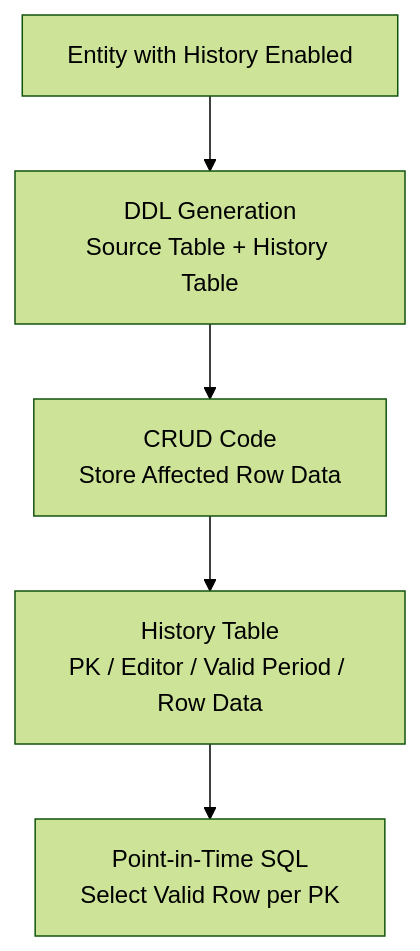
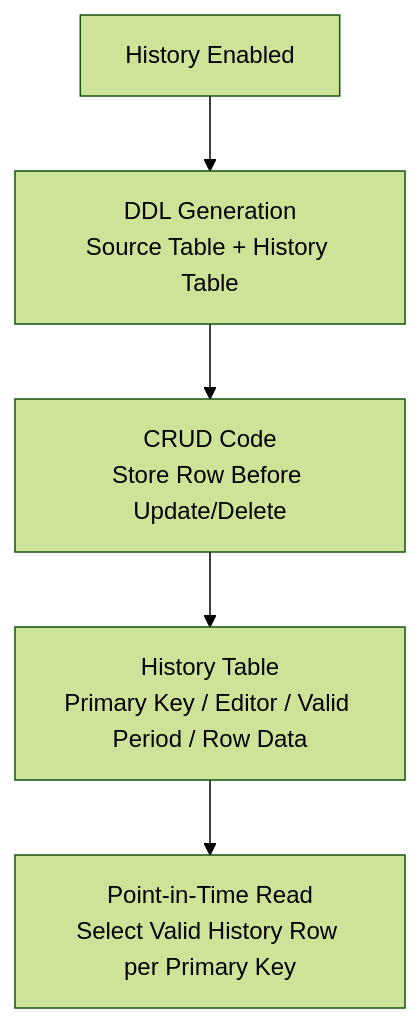
Before and after one commit to zmrdltl/portfolio: the second of 2 diagrams in docs/experience/tmaxcloud.en.md, drawn with Mermaid (forest theme). The commit also changed other lines of this file and 3 other files, not shown here.

````diff
--- a/docs/experience/tmaxcloud.en.md
+++ b/docs/experience/tmaxcloud.en.md
@@ -35,13 +35,13 @@
 ```mermaid
 flowchart TD
-  entity["Entity with History Enabled"]
+  entity["History Enabled"]
   ddl["DDL Generation\nSource Table + History Table"]
-  crud["CRUD Code\nStore Affected Row Data"]
-  history["History Table\nPK / Editor / Valid Period / Row Data"]
-  restore["Point-in-Time SQL\nSelect Valid Row per PK"]
+  crud["CRUD Code\nStore Row Before Update/Delete"]
+  history["History Table\nPrimary Key / Editor / Valid Period / Row Data"]
+  restore["Point-in-Time Read\nSelect Valid History Row per Primary Key"]
 
   entity --> ddl
   ddl --> crud
   crud --> history
   history --> restore
 ```
````
